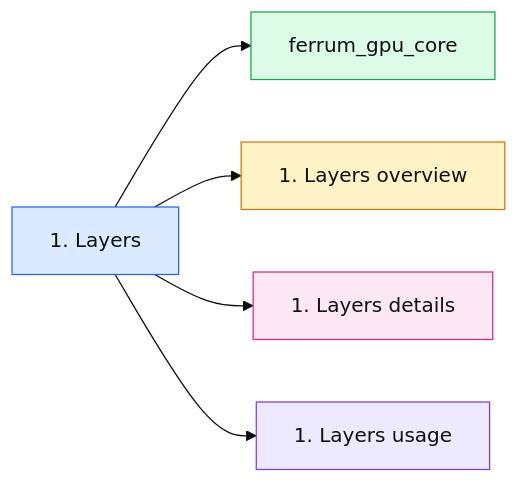
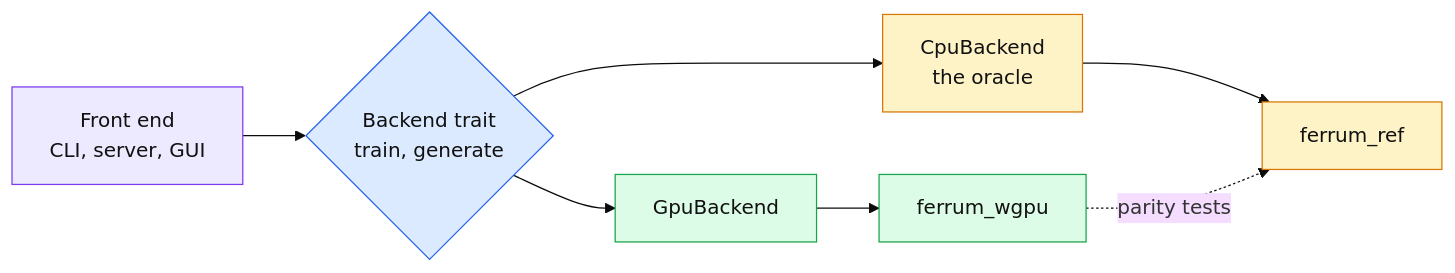
The second of 17 diagrams in docs/architecture.md (thomascherickal/ferrum-gpu), drawn with Mermaid (base theme) before and after one commit. The commit also changed other lines of this file and 4 other files, not shown here.

First line of the commit message:
docs: hand-drawn data-flow diagrams for the readme, architecture and GUI pages

````diff
--- a/docs/architecture.md
+++ b/docs/architecture.md
@@ -8,13 +36,14 @@
 ```mermaid
 flowchart LR
-    a["1. Layers"]:::root
-    a --> n0["ferrum_gpu_core"]:::c0
-    a --> n1["1. Layers overview"]:::c1
-    a --> n2["1. Layers details"]:::c2
-    a --> n3["1. Layers usage"]:::c3
-    classDef root fill:#dbeafe,stroke:#2563eb,color:#111
-    classDef c0 fill:#dcfce7,stroke:#16a34a,color:#111
-    classDef c1 fill:#fef3c7,stroke:#d97706,color:#111
-    classDef c2 fill:#fce7f3,stroke:#db2777,color:#111
-    classDef c3 fill:#ede9fe,stroke:#7c3aed,color:#111
+    f["Front end<br/>CLI, server, GUI"]:::host --> b{"Backend trait<br/>train, generate"}:::core
+    b --> c["CpuBackend<br/>the oracle"]:::cpu
+    b --> g["GpuBackend"]:::gpu
+    g --> w["ferrum_wgpu"]:::gpu
+    c --> r["ferrum_ref"]:::cpu
+    w -. "parity tests" .-> r
+    classDef core fill:#dbeafe,stroke:#2563eb,color:#111
+    classDef gpu fill:#dcfce7,stroke:#16a34a,color:#111
+    classDef cpu fill:#fef3c7,stroke:#d97706,color:#111
+    classDef io fill:#fce7f3,stroke:#db2777,color:#111
+    classDef host fill:#ede9fe,stroke:#7c3aed,color:#111
 ```
````
